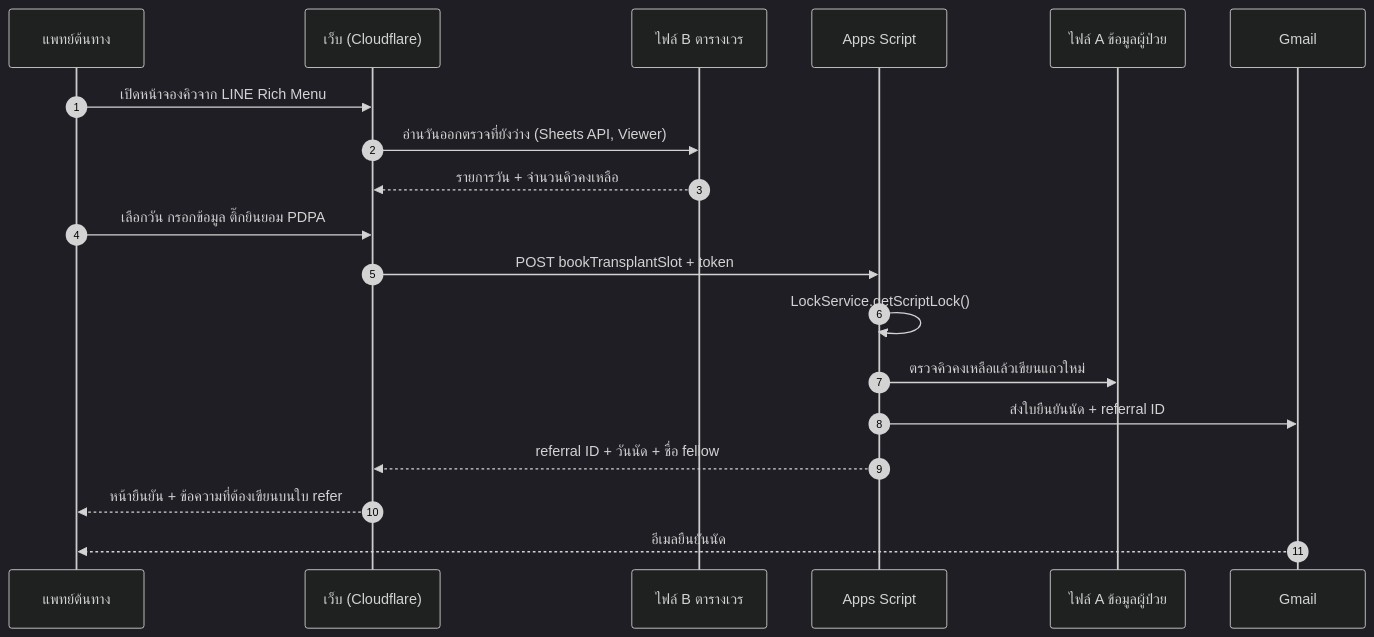
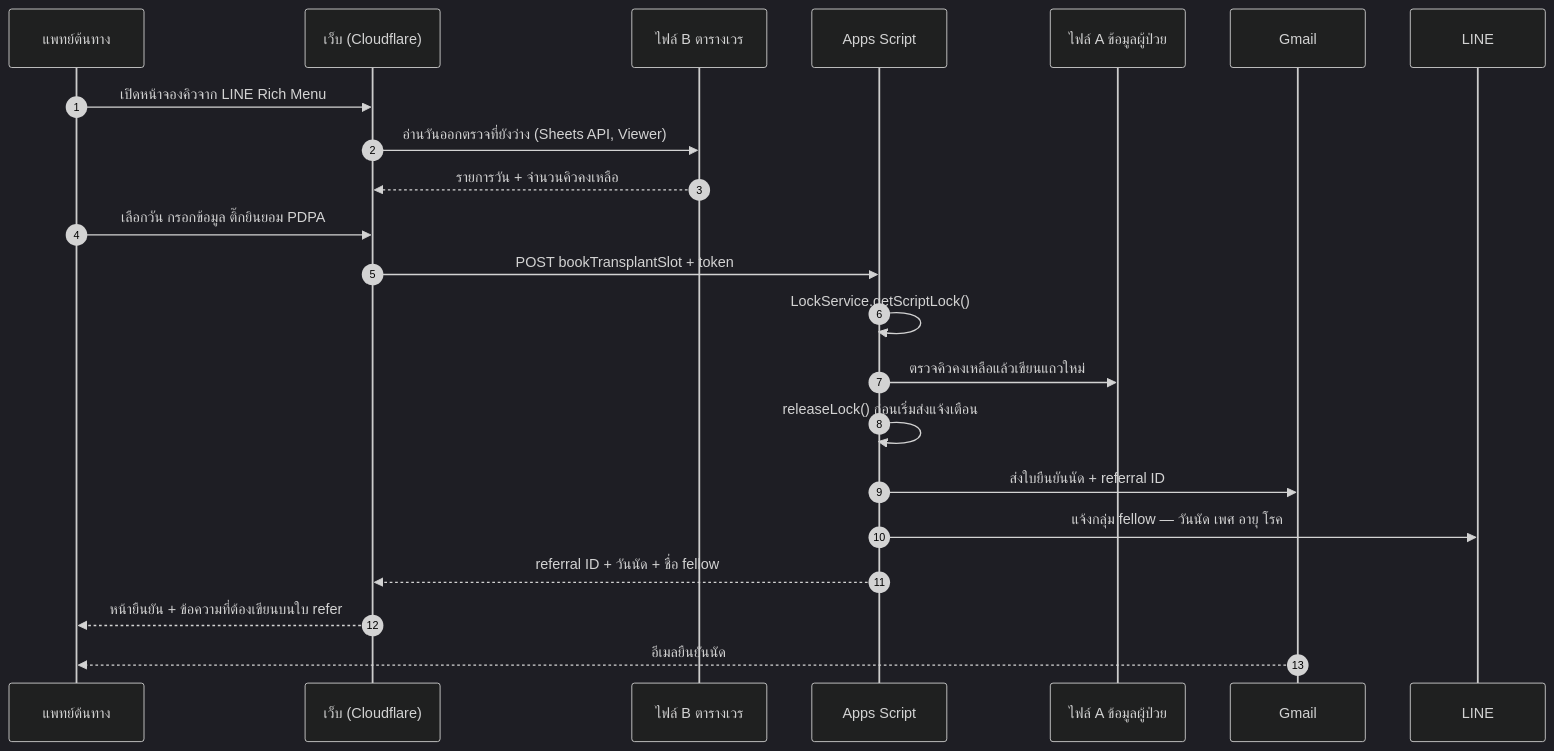
One commit to prhdev222/SiBMT_14 changed the second of 4 diagrams in docs/ARCHITECTURE.md. Above: the diagram before and after it, drawn with Mermaid (dark theme). The commit also changed other lines of this file and 4 other files, not shown here.

````diff
--- a/docs/ARCHITECTURE.md
+++ b/docs/ARCHITECTURE.md
@@ -140,22 +140,25 @@
 ```mermaid
 sequenceDiagram
     autonumber
     participant D as แพทย์ต้นทาง
     participant W as เว็บ (Cloudflare)
     participant B as ไฟล์ B ตารางเวร
     participant G as Apps Script
     participant A as ไฟล์ A ข้อมูลผู้ป่วย
     participant M as Gmail
+    participant L as LINE
 
     D->>W: เปิดหน้าจองคิวจาก LINE Rich Menu
     W->>B: อ่านวันออกตรวจที่ยังว่าง (Sheets API, Viewer)
     B-->>W: รายการวัน + จำนวนคิวคงเหลือ
     D->>W: เลือกวัน กรอกข้อมูล ติ๊กยินยอม PDPA
     W->>G: POST bookTransplantSlot + token
     G->>G: LockService.getScriptLock()
     G->>A: ตรวจคิวคงเหลือแล้วเขียนแถวใหม่
+    G->>G: releaseLock() ก่อนเริ่มส่งแจ้งเตือน
     G->>M: ส่งใบยืนยันนัด + referral ID
+    G->>L: แจ้งกลุ่ม fellow — วันนัด เพศ อายุ โรค
     G-->>W: referral ID + วันนัด + ชื่อ fellow
     W-->>D: หน้ายืนยัน + ข้อความที่ต้องเขียนบนใบ refer
     M-->>D: อีเมลยืนยันนัด
 ```
````
